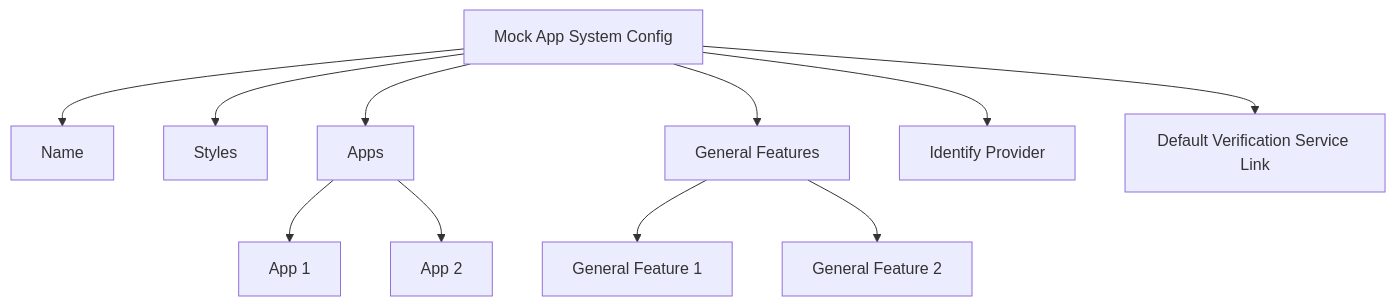
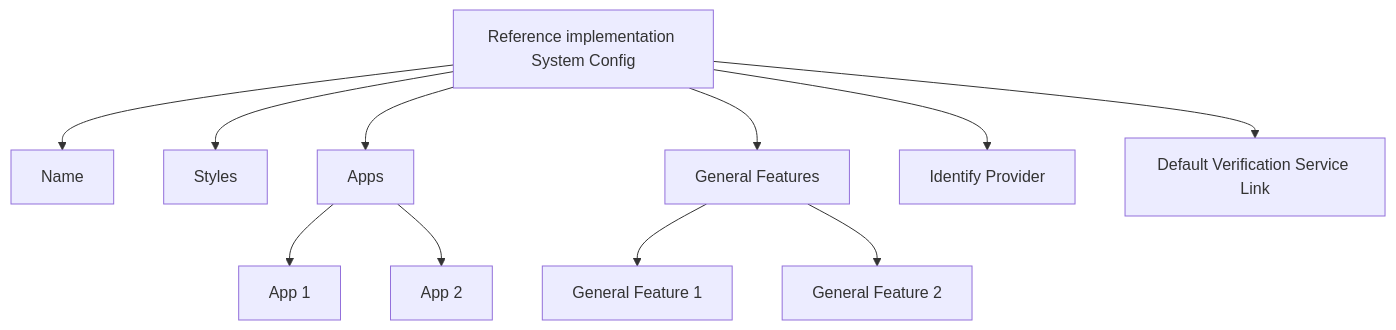
One commit to uncefact/tests-untp changed the diagram in documentation/versioned_docs/version-0.1.0/reference-implementation/configuration/system-config.md. Above: the diagram before and after it, drawn with Mermaid. The commit also changed other lines of this file and 84 other files, not shown here.

Commit message:
chore: replace mock app with reference implementation

````diff
--- a/documentation/versioned_docs/version-0.1.0/reference-implementation/configuration/system-config.md
+++ b/documentation/versioned_docs/version-0.1.0/reference-implementation/configuration/system-config.md
@@ -15,16 +15,16 @@
 ```mermaid
 graph TD
-    A[Mock App System Config]
+    A[Reference implementation System Config]
     A --> B[Name]
     A --> C[Styles]
     A --> D[Apps]
     A --> E[General Features]
     A --> F[Identify Provider]
     A --> G[Default Verification Service Link]
 
     D --> D1[App 1]
     D --> D2[App 2]
 
     E --> E1[General Feature 1]
     E --> E2[General Feature 2]
 ```
````
